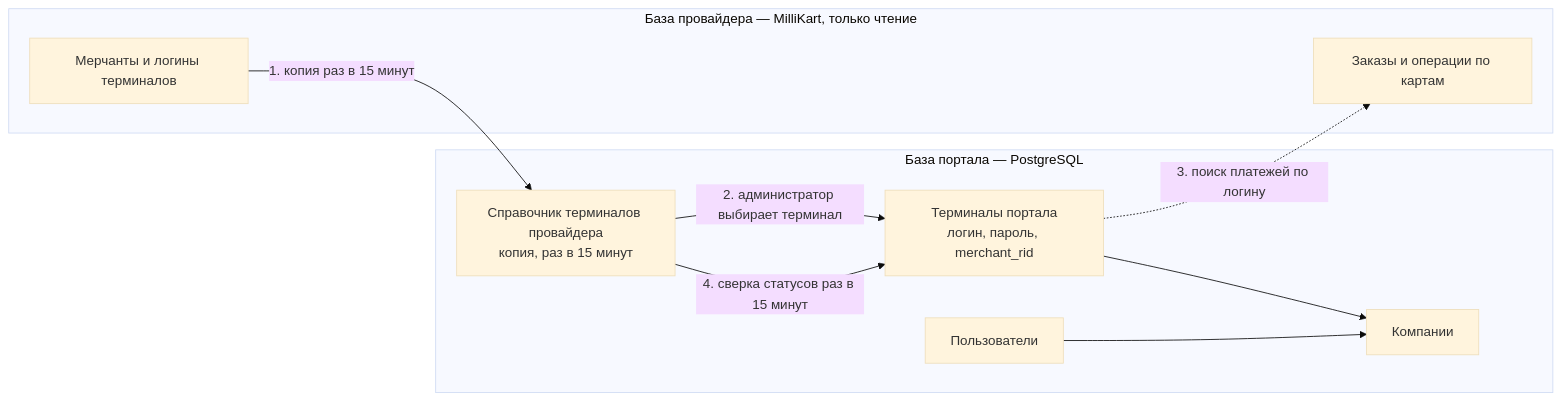
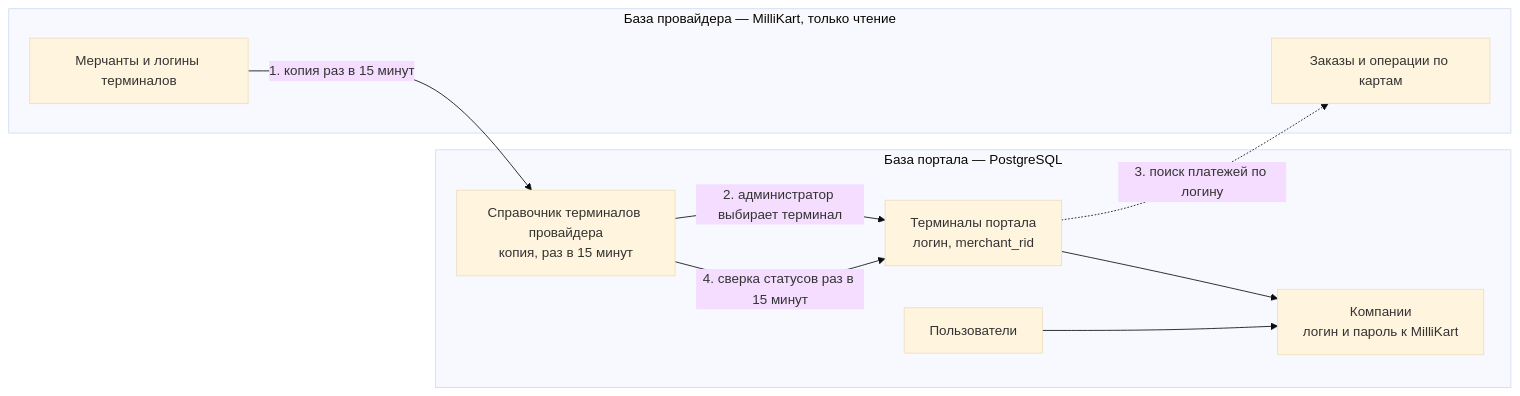
Before and after one commit to Gaena/merchant-portal-mk: the diagram in project_docs/admin_guide.md, drawn with Mermaid (base theme). The commit also changed other lines of this file and 78 other files, not shown here.

````diff
--- a/project_docs/admin_guide.md
+++ b/project_docs/admin_guide.md
@@ -59,19 +60,19 @@
 ```mermaid
 flowchart LR
     subgraph PROV["База провайдера — MilliKart, только чтение"]
         PM["Мерчанты и логины терминалов"]
         PO["Заказы и операции по картам"]
     end
     subgraph MP["База портала — PostgreSQL"]
         SPR["Справочник терминалов провайдера<br/>копия, раз в 15 минут"]
-        T["Терминалы портала<br/>логин, пароль, merchant_rid"]
-        C["Компании"]
+        T["Терминалы портала<br/>логин, merchant_rid"]
+        C["Компании<br/>логин и пароль к MilliKart"]
         U["Пользователи"]
     end
     PM -->|"1. копия раз в 15 минут"| SPR
     SPR -->|"2. администратор выбирает терминал"| T
     SPR -->|"4. сверка статусов раз в 15 минут"| T
     T --> C
     U --> C
     T -.->|"3. поиск платежей по логину"| PO
 ```
````
